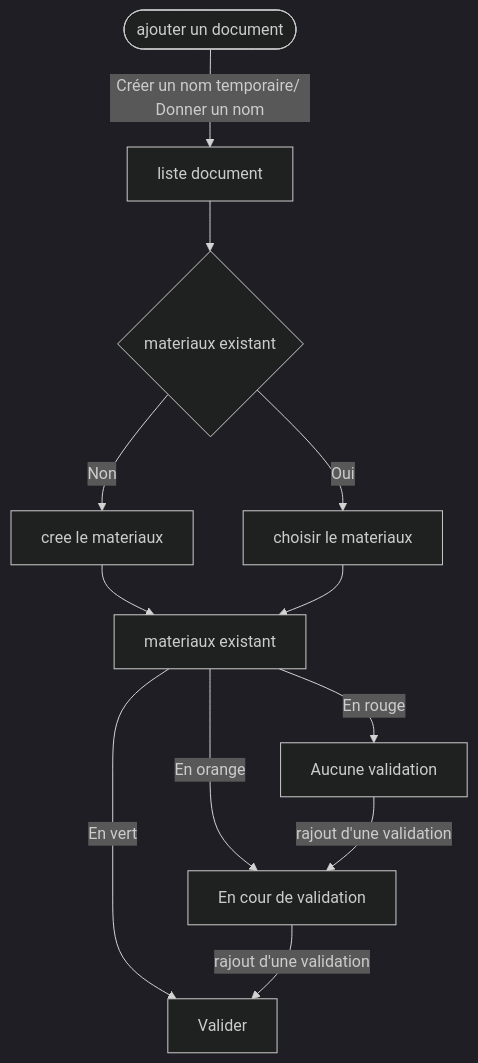
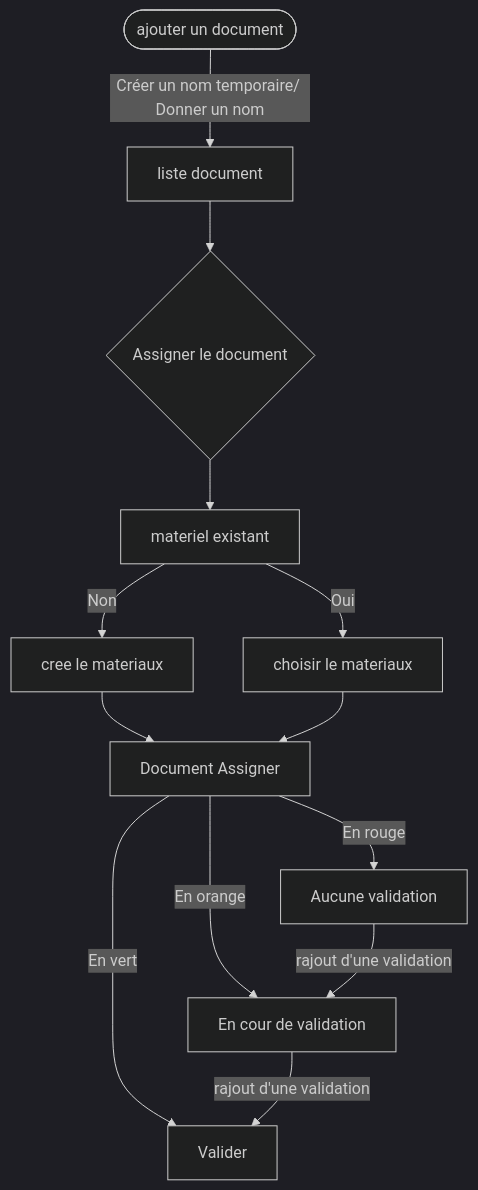
One commit to andergroundvrej/test changed the second of 2 diagrams in README.md. Above: the diagram before and after it, drawn with Mermaid (dark theme).

Commit message:
Add document assignment flow to README

````diff
--- a/README.md
+++ b/README.md
@@ -96,16 +96,17 @@
 ```mermaid
 flowchart TD
 A([ajouter un document]) -- Créer un nom temporaire/ Donner un nom --> B[liste document]
-B --> C{materiaux existant}
-C -- Non --> D[cree le materiaux]
-C -- Oui --> E[choisir le materiaux]
-D --> F[materiaux existant]
-E --> F
-F -- En rouge --> G[Aucune validation]
-F -- En orange --> H[En cour de validation]
-F -- En vert --> I[Valider]
+B --> C{Assigner le document}
+C --> F[materiel existant]
+F -- Non --> D[cree le materiaux]
+F -- Oui --> E[choisir le materiaux]
+D --> J[Document Assigner]
+E --> J
+J -- En rouge --> G[Aucune validation]
+J -- En orange --> H[En cour de validation]
+J -- En vert --> I[Valider]
 G -- rajout d'une validation --> H
 H -- rajout d'une validation --> I
 
 
 ```
````
